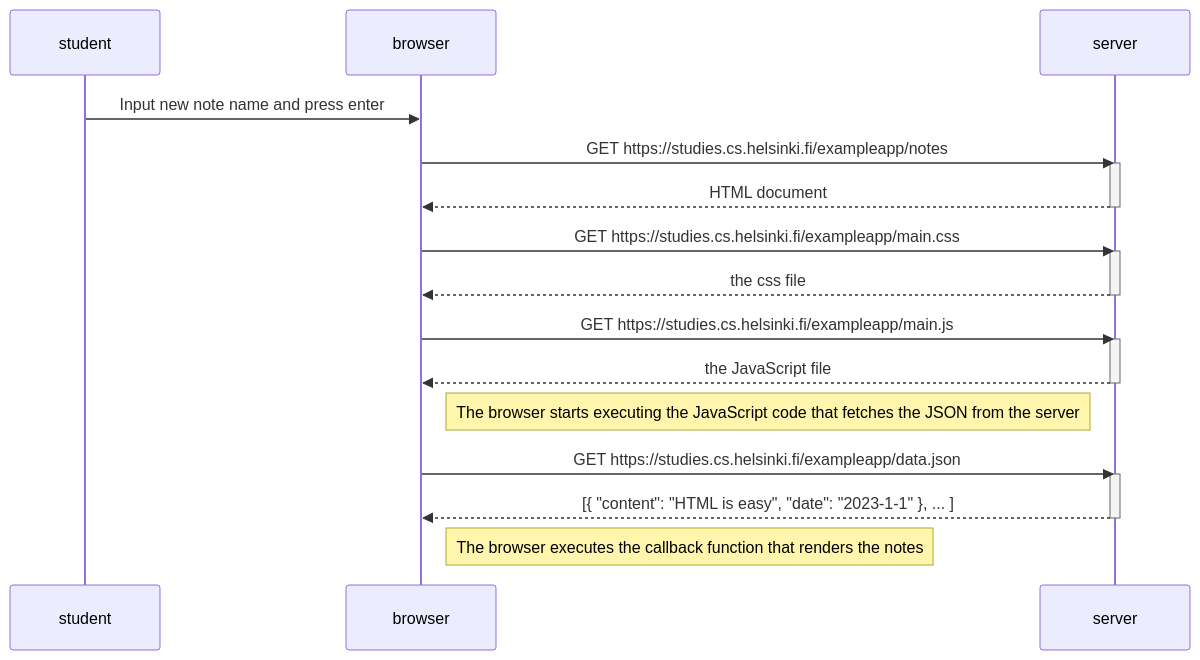
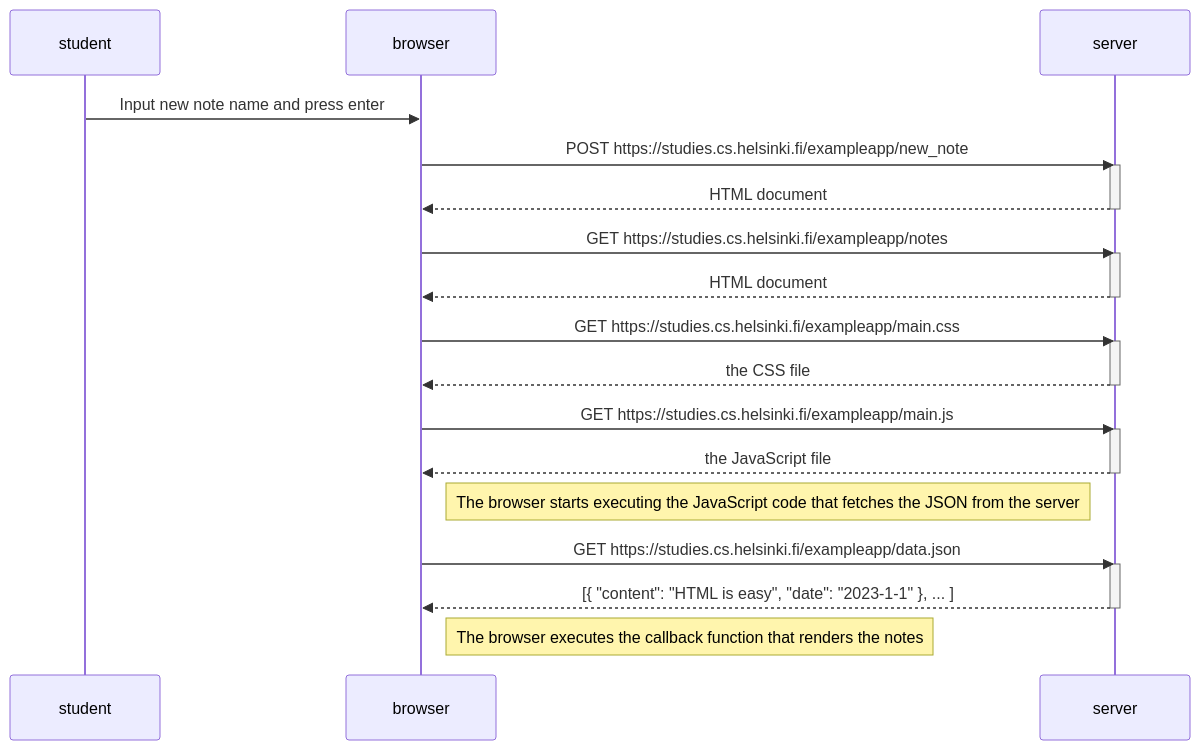
The diagram in part0/README.md (ExtranoDev/fullstackopen), drawn with Mermaid before and after one commit. The commit also changed other lines of this file, not shown here.

Commit message:
New note assignment

````diff
--- a/part0/README.md
+++ b/part0/README.md
@@ -1,32 +3,37 @@
 ```mermaid
 sequenceDiagram
     participant student
     participant browser
     participant server
 
     student->>browser: Input new note name and press enter
 
+    browser->>server: POST https://studies.cs.helsinki.fi/exampleapp/new_note
+    activate server
+    server-->>browser: HTML document
+    deactivate server
+
     browser->>server: GET https://studies.cs.helsinki.fi/exampleapp/notes
     activate server
     server-->>browser: HTML document
     deactivate server
 
     browser->>server: GET https://studies.cs.helsinki.fi/exampleapp/main.css
     activate server
-    server-->>browser: the css file
+    server-->>browser: the CSS file
     deactivate server
 
     browser->>server: GET https://studies.cs.helsinki.fi/exampleapp/main.js
     activate server
     server-->>browser: the JavaScript file
     deactivate server
 
     Note right of browser: The browser starts executing the JavaScript code that fetches the JSON from the server
 
     browser->>server: GET https://studies.cs.helsinki.fi/exampleapp/data.json
     activate server
     server-->>browser: [{ "content": "HTML is easy", "date": "2023-1-1" }, ... ]
     deactivate server
 
     Note right of browser: The browser executes the callback function that renders the notes
 ```
````
